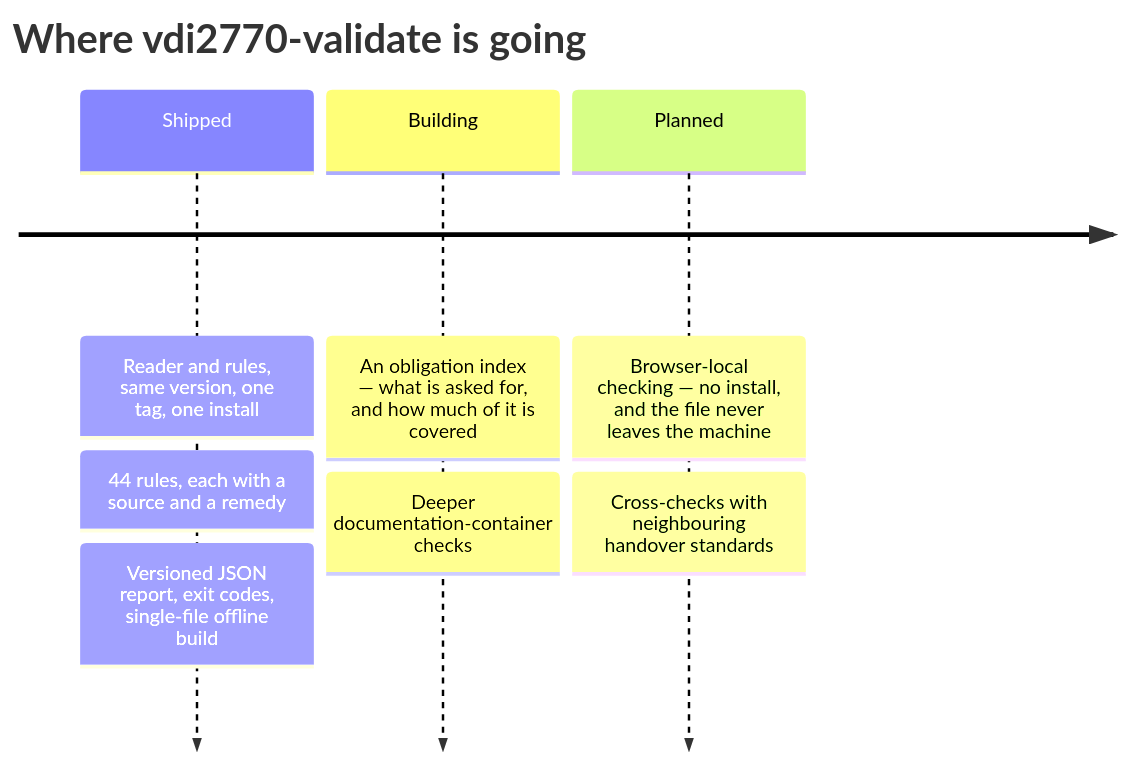
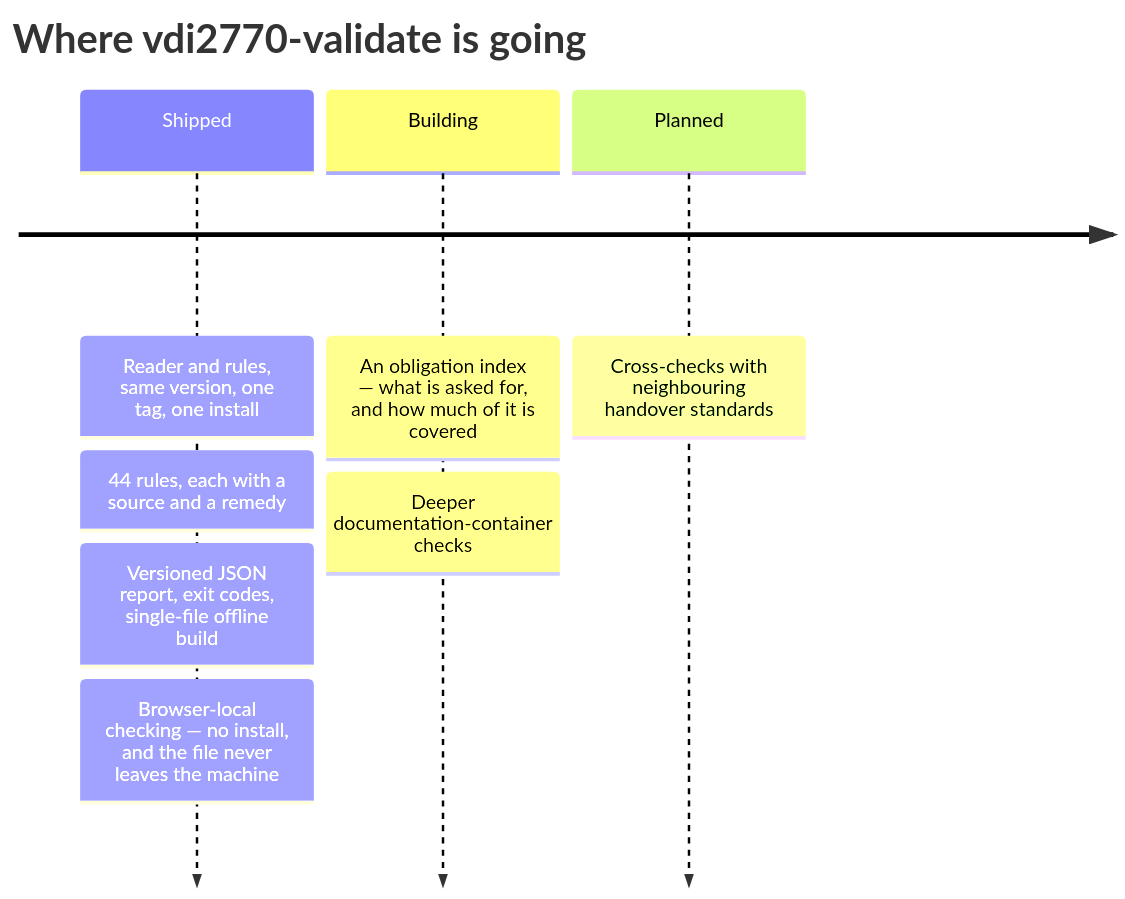
Before and after one commit to dev365code/vdi2770-validate: the second of 2 diagrams in README.md, drawn with Mermaid. The commit also changed other lines of this file and 22 other files, not shown here.

````diff
--- a/README.md
+++ b/README.md
@@ -289,11 +312,11 @@
 ```mermaid
 timeline
     title Where vdi2770-validate is going
     Shipped : Reader and rules, same version, one tag, one install
             : 44 rules, each with a source and a remedy
             : Versioned JSON report, exit codes, single-file offline build
+            : Browser-local checking — no install, and the file never leaves the machine
     Building : An obligation index — what is asked for, and how much of it is covered
              : Deeper documentation-container checks
-    Planned : Browser-local checking — no install, and the file never leaves the machine
-            : Cross-checks with neighbouring handover standards
+    Planned : Cross-checks with neighbouring handover standards
 ```
````
